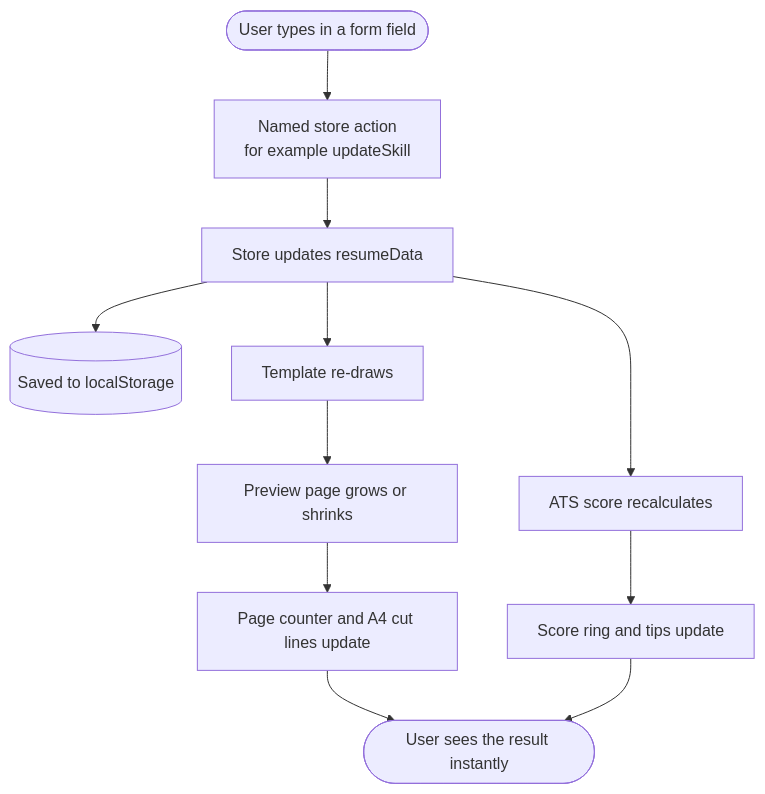
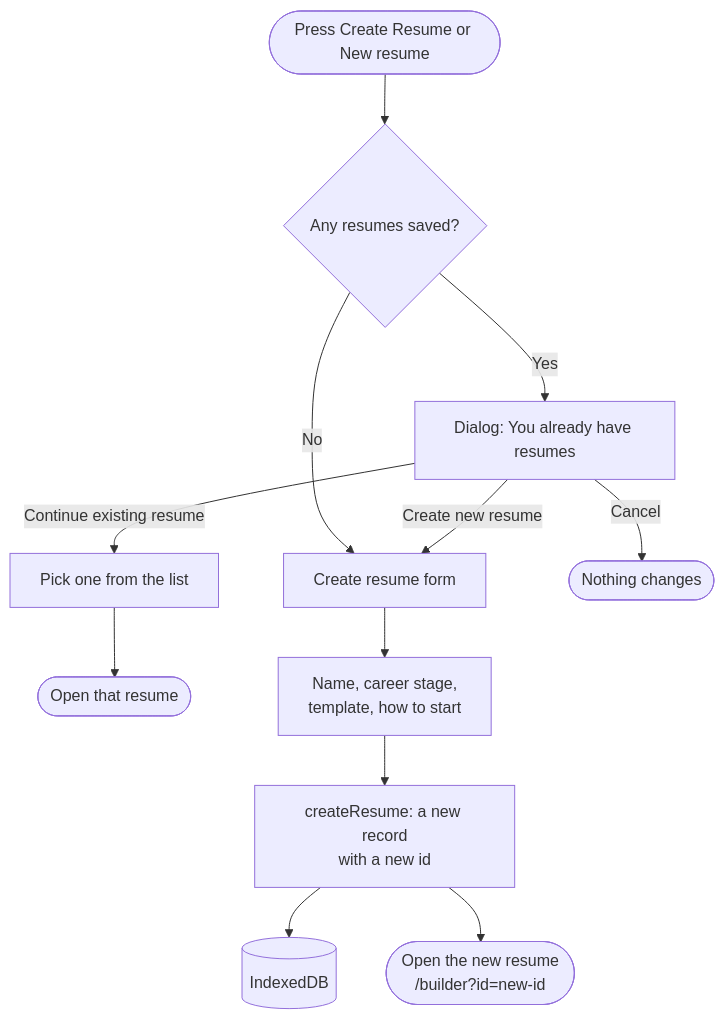
Before and after one commit to silent-coder-dev/ai-resume-builder: the fifth of 30 diagrams in doc/04-FLOWCHARTS.md, drawn with Mermaid. The commit also changed other lines of this file and 122 other files, not shown here.

````diff
--- a/doc/04-FLOWCHARTS.md
+++ b/doc/04-FLOWCHARTS.md
@@ -146,13 +171,14 @@
 ```mermaid
 flowchart TD
-    A(["User types in a form field"]) --> B["Named store action<br/>for example updateSkill"]
-    B --> C["Store updates resumeData"]
-    C --> D[("Saved to localStorage")]
-    C --> E["Template re-draws"]
-    C --> F["ATS score recalculates"]
-    E --> G["Preview page grows or shrinks"]
-    G --> H["Page counter and A4 cut lines update"]
-    F --> I["Score ring and tips update"]
-    H --> J(["User sees the result instantly"])
-    I --> J
+    A(["Press Create Resume or New resume"]) --> B{"Any resumes saved?"}
+    B -->|No| FORM["Create resume form"]
+    B -->|Yes| D["Dialog: You already have resumes"]
+    D -->|"Continue existing resume"| P["Pick one from the list"]
+    P --> O(["Open that resume"])
+    D -->|"Create new resume"| FORM
+    D -->|"Cancel"| X(["Nothing changes"])
+    FORM --> NAME["Name, career stage,<br/>template, how to start"]
+    NAME --> C["createResume: a new record<br/>with a new id"]
+    C --> DB[("IndexedDB")]
+    C --> O2(["Open the new resume<br/>/builder?id=new-id"])
 ```
````
